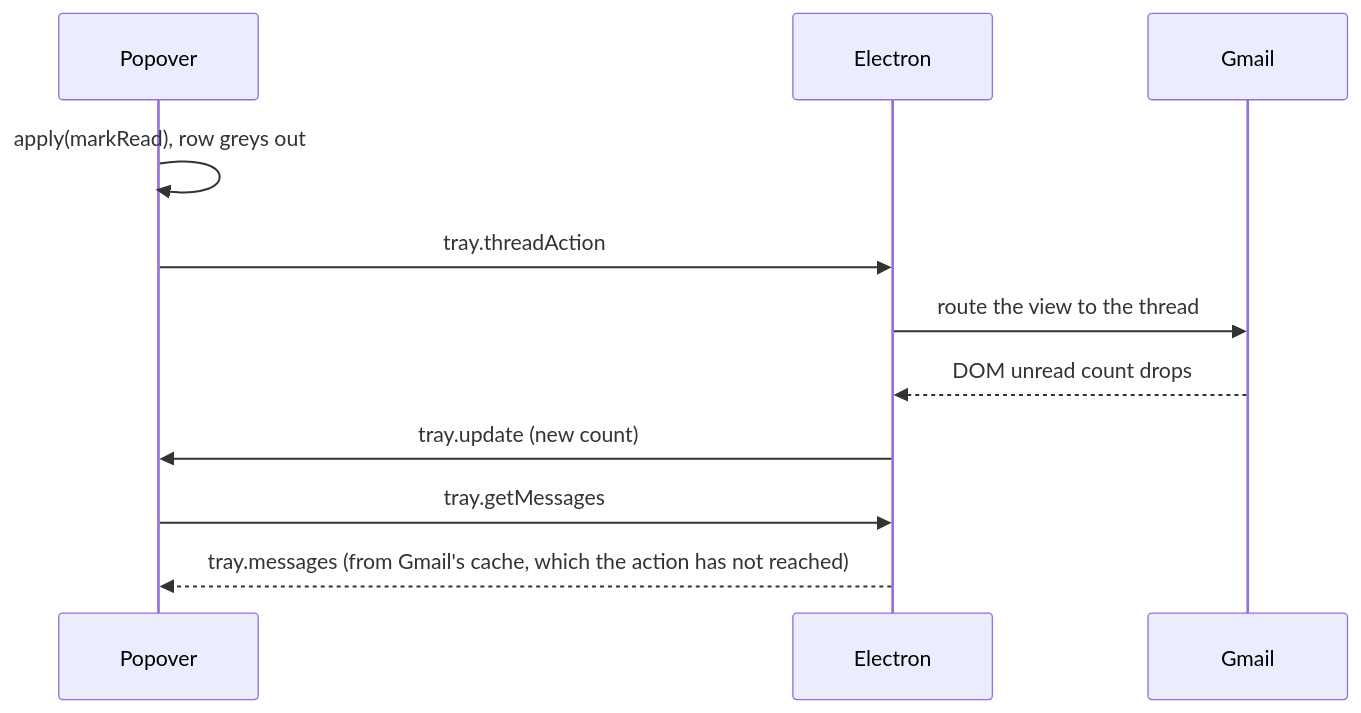
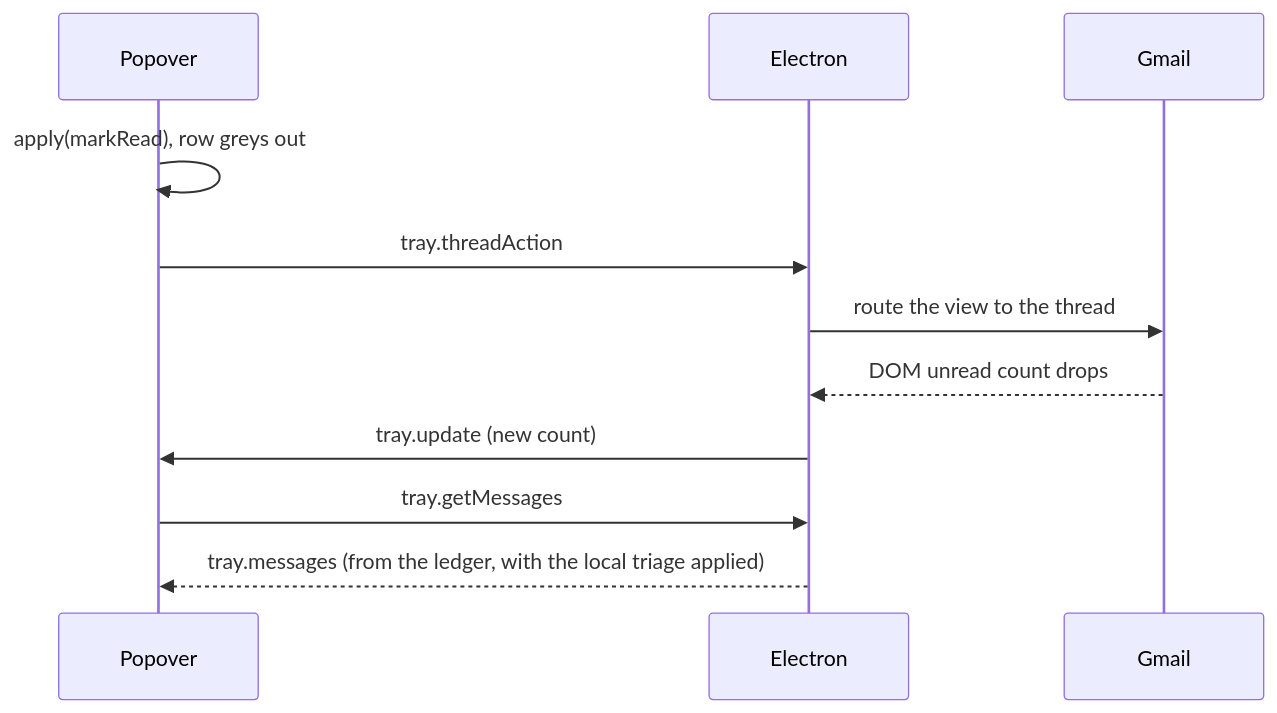
Before and after one commit to alxhslm/magic-apps: the diagram in docs/magimail/actions.md, drawn with Mermaid. The commit also changed other lines of this file and 26 other files, not shown here.

Commit message:
fix(magimail): reconcile Atom feed and local cache via UnreadLedger (#32)

````diff
--- a/docs/magimail/actions.md
+++ b/docs/magimail/actions.md
@@ -294,13 +290,13 @@
 ```mermaid
 sequenceDiagram
     participant P as Popover
     participant E as Electron
     participant G as Gmail
     P->>P: apply(markRead), row greys out
     P->>E: tray.threadAction
     E->>G: route the view to the thread
     G-->>E: DOM unread count drops
     E->>P: tray.update (new count)
     P->>E: tray.getMessages
-    E-->>P: tray.messages (from Gmail's cache, which the action has not reached)
+    E-->>P: tray.messages (from the ledger, with the local triage applied)
 ```
````
